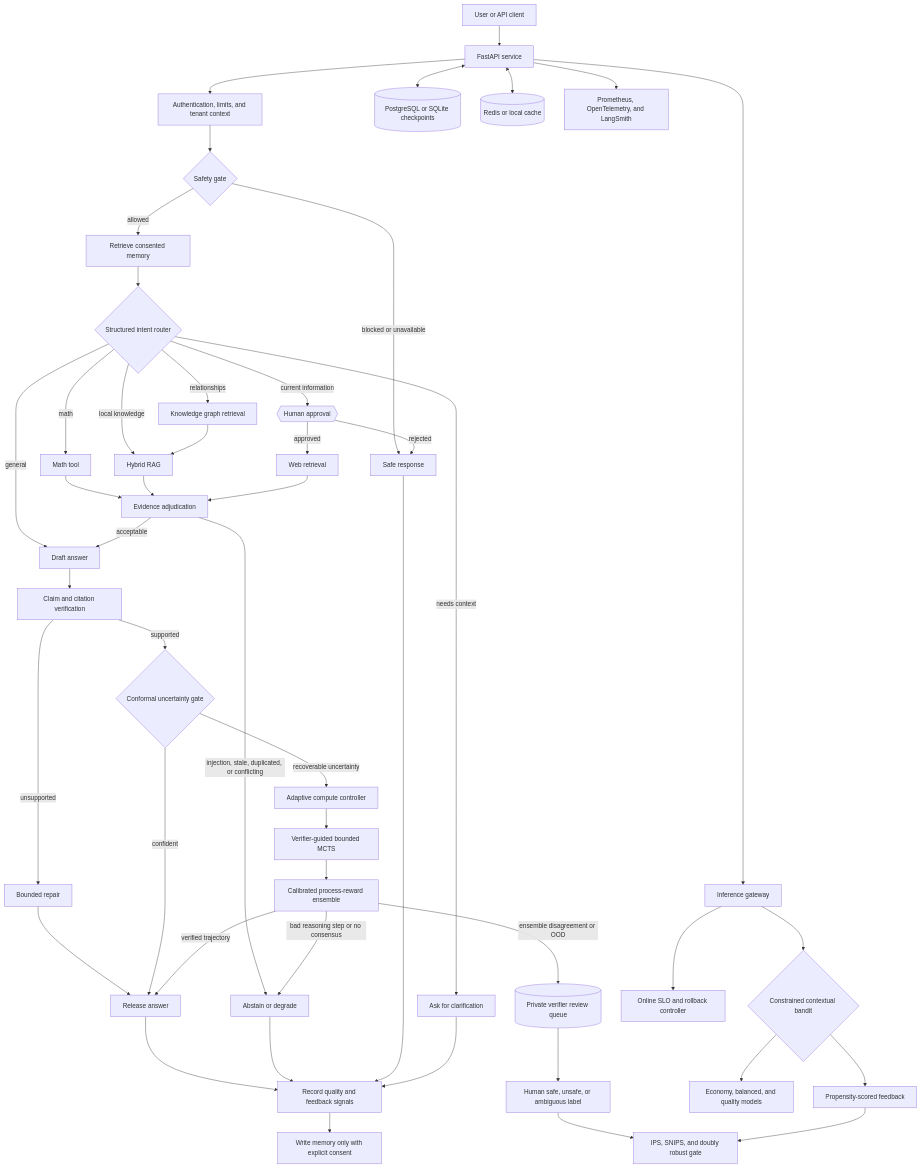
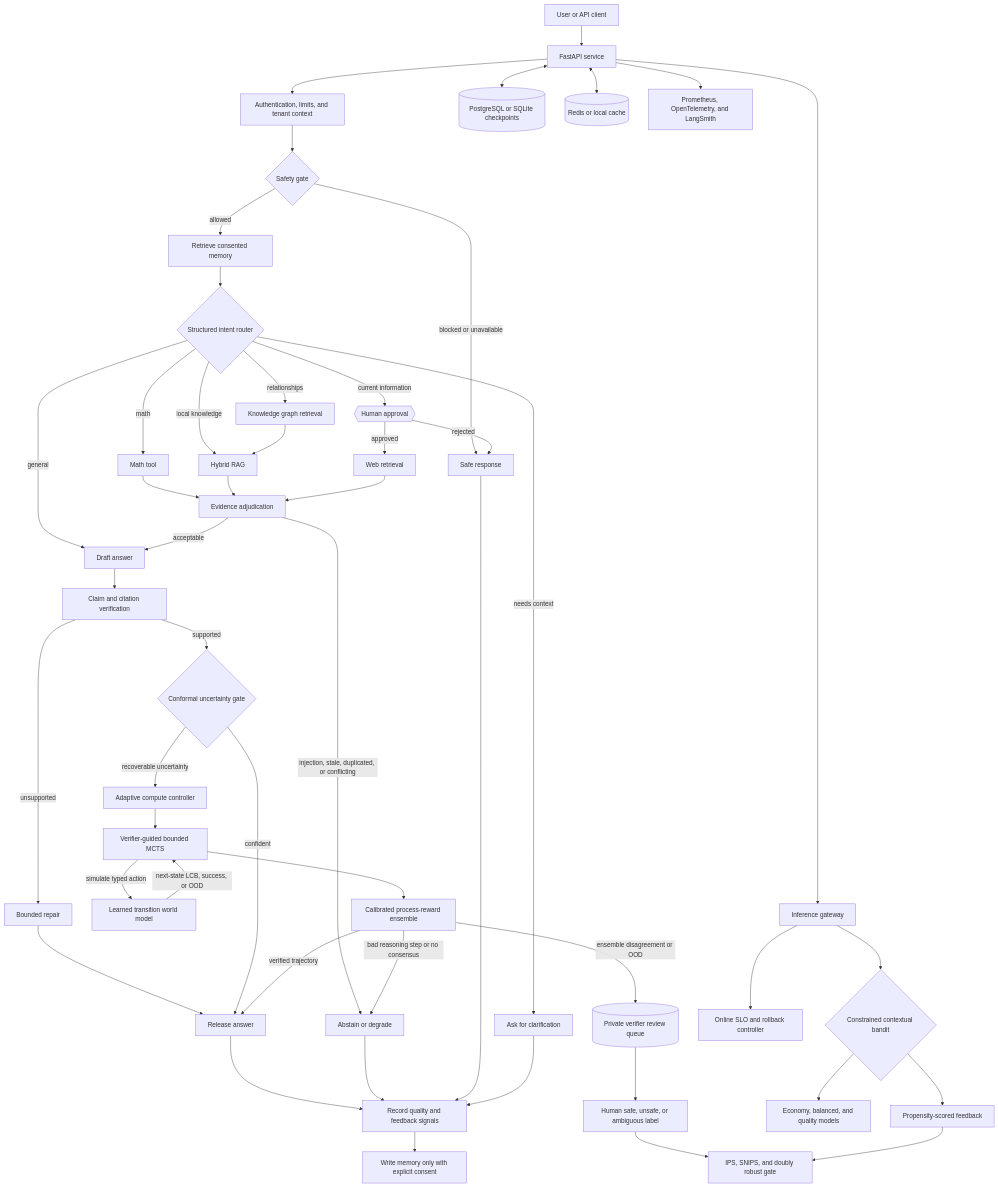
One commit to Theepankumargandhi/Multi-Agent-Orchestration changed the first of 2 diagrams in README.md. Above: the diagram before and after it, drawn with Mermaid. The commit also changed other lines of this file and 14 other files, not shown here.

Commit message:
feat: add learned world-model planning

````diff
--- a/README.md
+++ b/README.md
@@ -36,56 +36,58 @@
 ```mermaid
 flowchart TD
     User[User or API client] --> API[FastAPI service]
     API --> Auth[Authentication, limits, and tenant context]
     Auth --> Safety{Safety gate}
 
     Safety -->|blocked or unavailable| Stop[Safe response]
     Safety -->|allowed| Memory[Retrieve consented memory]
     Memory --> Router{Structured intent router}
 
     Router -->|needs context| Clarify[Ask for clarification]
     Router -->|math| Math[Math tool]
     Router -->|local knowledge| RAG[Hybrid RAG]
     Router -->|relationships| Graph[Knowledge graph retrieval]
     Router -->|current information| Approval{{Human approval}}
     Router -->|general| Draft[Draft answer]
 
     Approval -->|approved| Web[Web retrieval]
     Approval -->|rejected| Stop
     Graph --> RAG
     Math --> Evidence
     RAG --> Evidence[Evidence adjudication]
     Web --> Evidence
     Evidence -->|injection, stale, duplicated, or conflicting| Abstain[Abstain or degrade]
     Evidence -->|acceptable| Draft
 
     Draft --> Ground[Claim and citation verification]
     Ground -->|unsupported| Repair[Bounded repair]
     Ground -->|supported| Uncertainty{Conformal uncertainty gate}
     Repair --> Final
     Uncertainty -->|confident| Final[Release answer]
     Uncertainty -->|recoverable uncertainty| Compute[Adaptive compute controller]
     Compute --> Search[Verifier-guided bounded MCTS]
+    Search -->|simulate typed action| World[Learned transition world model]
+    World -->|next-state LCB, success, or OOD| Search
     Search --> PRM[Calibrated process-reward ensemble]
     PRM -->|verified trajectory| Final
     PRM -->|bad reasoning step or no consensus| Abstain
     PRM -->|ensemble disagreement or OOD| ReviewQueue[(Private verifier review queue)]
     ReviewQueue --> ReviewLabel[Human safe, unsafe, or ambiguous label]
     ReviewLabel --> Offline
 
     Final --> Evaluate[Record quality and feedback signals]
     Abstain --> Evaluate
     Stop --> Evaluate
     Clarify --> Evaluate
     Evaluate --> WriteMemory[Write memory only with explicit consent]
 
     API <--> State[(PostgreSQL or SQLite checkpoints)]
     API <--> Cache[(Redis or local cache)]
     API --> Telemetry[Prometheus, OpenTelemetry, and LangSmith]
     API --> Gateway[Inference gateway]
     Gateway --> Bandit{Constrained contextual bandit}
     Bandit --> Models[Economy, balanced, and quality models]
     Bandit --> Feedback[Propensity-scored feedback]
     Feedback --> Offline[IPS, SNIPS, and doubly robust gate]
     Gateway --> Online[Online SLO and rollback controller]
 ```
````
